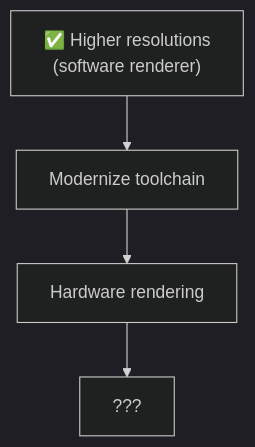
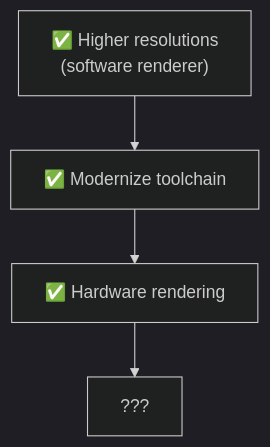
Before and after one commit to phpfivesix/dfhd: the diagram in README.md, drawn with Mermaid (dark theme). The commit also changed other lines of this file and 1 other file, not shown here.

````diff
--- a/README.md
+++ b/README.md
@@ -19,6 +19,6 @@
 ```mermaid
 flowchart TD
-    A["✅ Higher resolutions<br/>(software renderer)"] --> B["Modernize toolchain"]
-    B --> C["Hardware rendering"]
+    A["✅ Higher resolutions<br/>(software renderer)"] --> B["✅ Modernize toolchain"]
+    B --> C["✅ Hardware rendering"]
     C --> D["???"]
 ```
````
